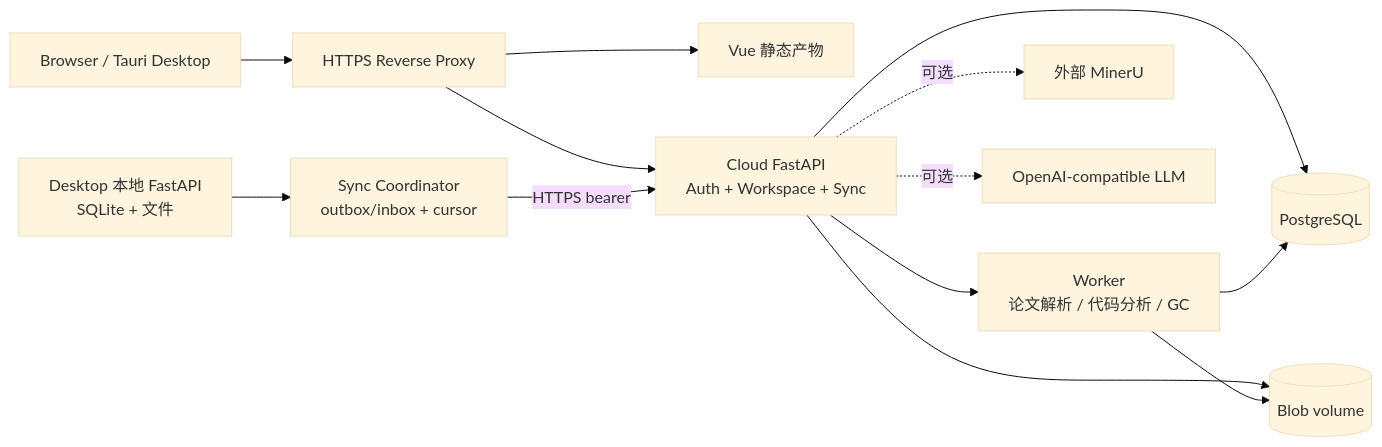
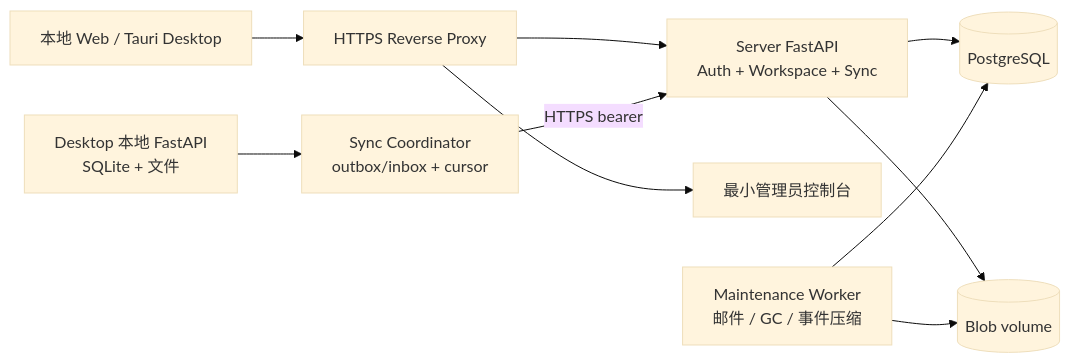
Before and after one commit to 1JI0O/SE26Project-15: the tenth of 10 diagrams in docs/architecture.md, drawn with Mermaid (base theme). The commit also changed other lines of this file and 119 other files, not shown here.

Commit message:
refactor: isolate standalone sync server

````diff
--- a/docs/architecture.md
+++ b/docs/architecture.md
@@ -596,15 +599,12 @@
 ```mermaid
 flowchart LR
-  Client[Browser / Tauri Desktop] --> Proxy[HTTPS Reverse Proxy]
-  Proxy --> Web[Vue 静态产物]
-  Proxy --> CloudAPI[Cloud FastAPI\nAuth + Workspace + Sync]
+  Client["本地 Web / Tauri Desktop"] --> Proxy["HTTPS Reverse Proxy"]
+  Proxy --> CloudAPI["Server FastAPI\nAuth + Workspace + Sync"]
+  Proxy --> Admin["最小管理员控制台"]
   CloudAPI --> PG[(PostgreSQL)]
   CloudAPI --> Blob[(Blob volume)]
-  Worker[Worker\n论文解析 / 代码分析 / GC] --> PG
+  Worker["Maintenance Worker\n邮件 / GC / 事件压缩"] --> PG
   Worker --> Blob
-  CloudAPI --> Worker
   DesktopLocal[Desktop 本地 FastAPI\nSQLite + 文件] --> Sync[Sync Coordinator\noutbox/inbox + cursor]
   Sync -->|HTTPS bearer| CloudAPI
-  CloudAPI -.可选.-> MinerU[外部 MinerU]
-  CloudAPI -.可选.-> LLM[OpenAI-compatible LLM]
 ```
````
